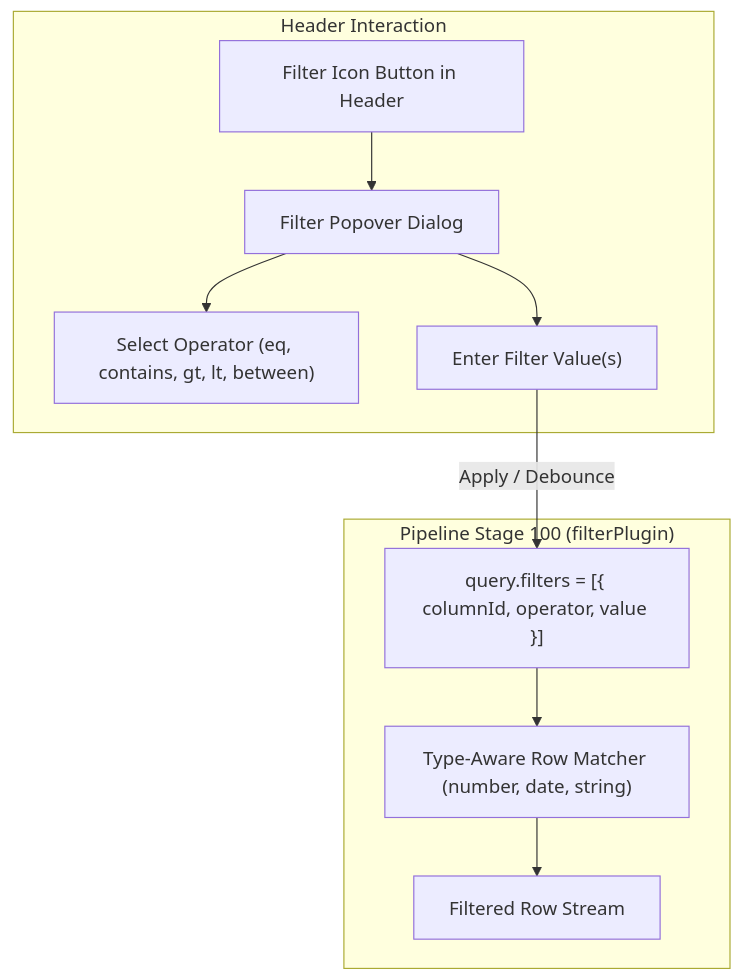
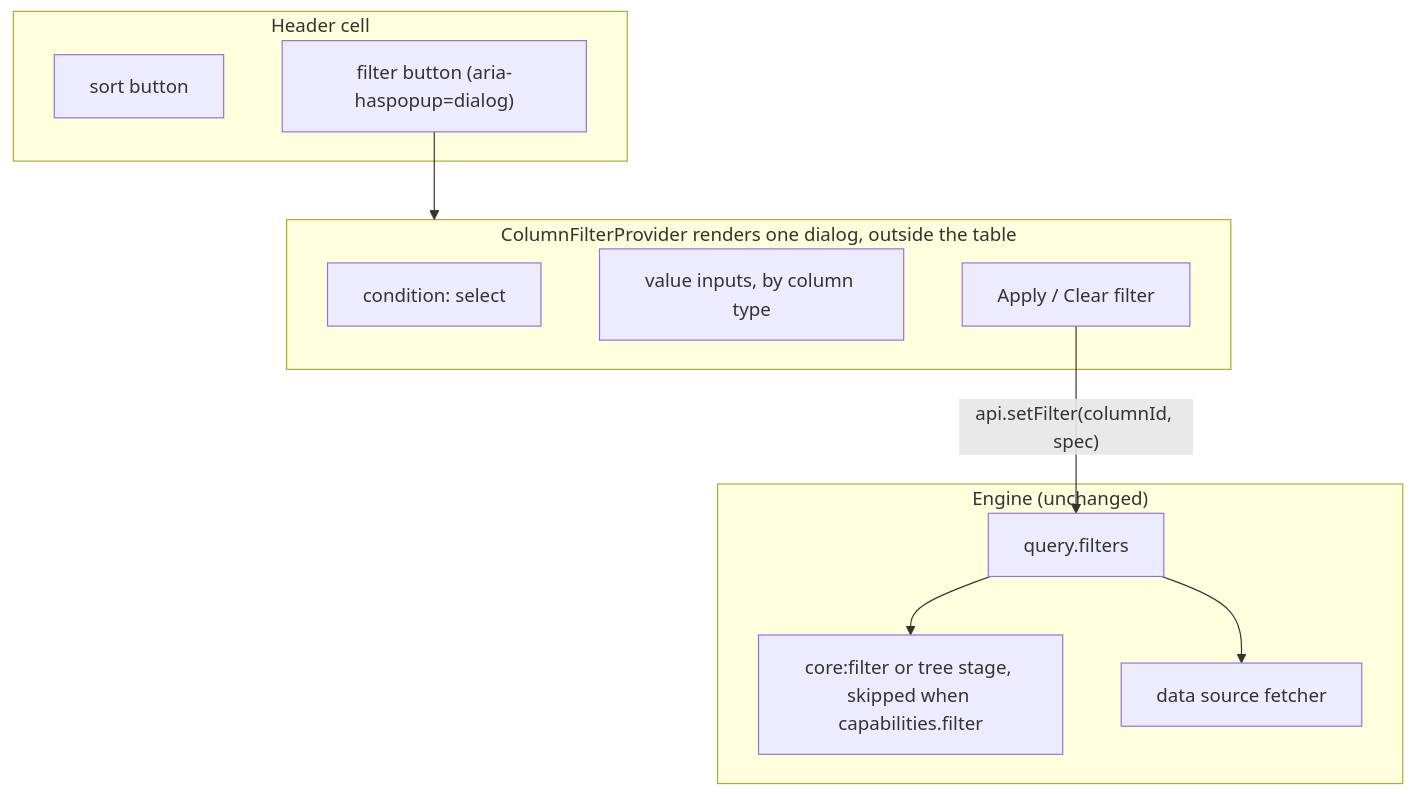
One commit to yaotzin1/apsw-gridwright changed the diagram in specs/column-filtering/spec.md. Above: the diagram before and after it, drawn with Mermaid. The commit also changed other lines of this file and 201 other files, not shown here.

First line of the commit message:
feat(react)!: every feature is an add-on, column filters, and a security gate with no exceptions (#7)

````diff
--- a/specs/column-filtering/spec.md
+++ b/specs/column-filtering/spec.md
@@ -38,17 +36,24 @@
 ```mermaid
 flowchart TD
-    subgraph UI["Header Interaction"]
-        Trigger["Filter Icon Button in Header"] --> Popover["Filter Popover Dialog"]
-        Popover --> Op["Select Operator (eq, contains, gt, lt, between)"]
-        Popover --> Val["Enter Filter Value(s)"]
+    subgraph Header["Header cell"]
+        Sort["sort button"]
+        Trigger["filter button (aria-haspopup=dialog)"]
     end
 
-    subgraph Core["Pipeline Stage 100 (filterPlugin)"]
-        Query["query.filters = [{ columnId, operator, value }]"]
-        Matcher["Type-Aware Row Matcher (number, date, string)"]
-        Filtered["Filtered Row Stream"]
+    subgraph Dialog["ColumnFilterProvider renders one dialog, outside the table"]
+        Op["condition: select"]
+        Val["value inputs, by column type"]
+        Apply["Apply / Clear filter"]
     end
 
-    Val -->|"Apply / Debounce"| Query
-    Query --> Matcher --> Filtered
+    subgraph Engine["Engine (unchanged)"]
+        Query["query.filters"]
+        Stage["core:filter or tree stage, skipped when capabilities.filter"]
+        Source["data source fetcher"]
+    end
+
+    Trigger --> Dialog
+    Apply -->|"api.setFilter(columnId, spec)"| Query
+    Query --> Stage
+    Query --> Source
 ```
````
